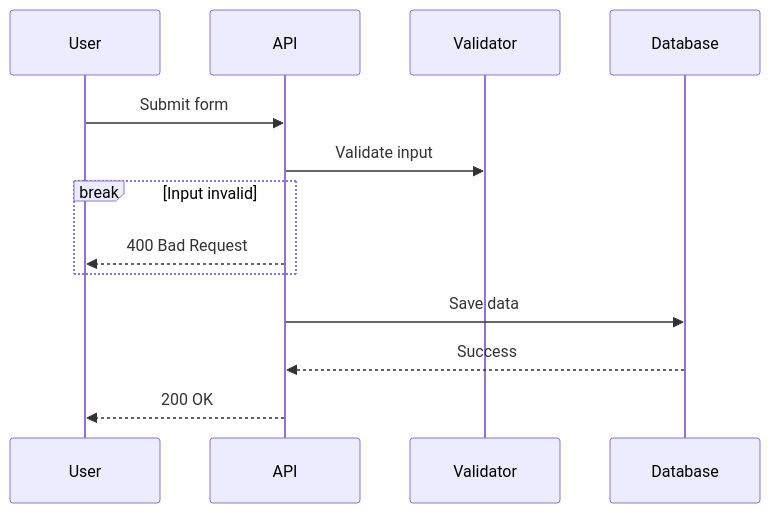
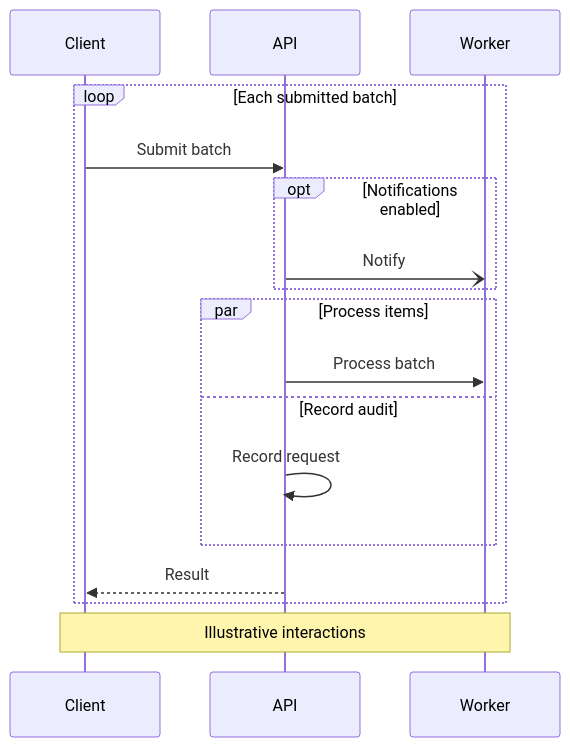
The second of 2 diagrams in skills/mermaid-diagrams/references/sequence-diagrams.md (YongKyeom/agentic_engineering_settings), drawn with Mermaid before and after one commit. The commit also changed other lines of this file and 15 other files, not shown here.

````diff
--- a/skills/mermaid-diagrams/references/sequence-diagrams.md
+++ b/skills/mermaid-diagrams/references/sequence-diagrams.md
@@ -149,13 +46,19 @@
 ```mermaid
 sequenceDiagram
-    User->>API: Submit form
-    API->>Validator: Validate input
-    
-    break Input invalid
-        API-->>User: 400 Bad Request
+    participant Client
+    participant API
+    participant Worker
+    loop Each submitted batch
+        Client->>API: Submit batch
+        opt Notifications enabled
+            API-)Worker: Notify
+        end
+        par Process items
+            API->>Worker: Process batch
+        and Record audit
+            API->>API: Record request
+        end
+        API-->>Client: Result
     end
-    
-    API->>Database: Save data
-    Database-->>API: Success
-    API-->>User: 200 OK
+    Note over Client,Worker: Illustrative interactions
 ```
````
